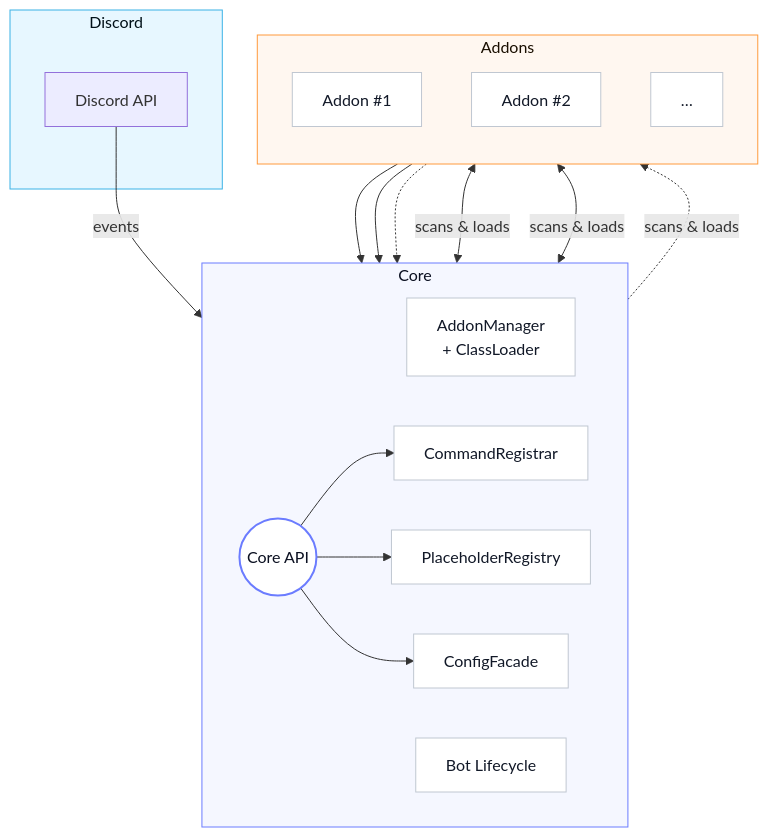
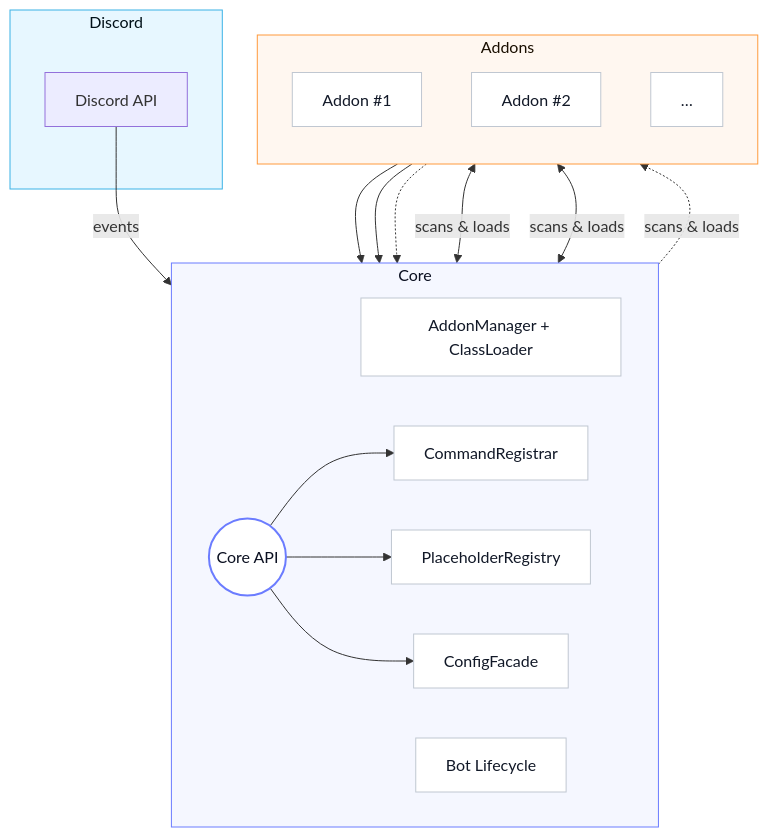
Before and after one commit to NextForge-Development/NextDiscordBot: the diagram in README.md, drawn with Mermaid. The commit also changed other lines of this file, not shown here.

````diff
--- a/README.md
+++ b/README.md
@@ -25,54 +24,54 @@
 ```mermaid
 flowchart TB
   %% Clean vertical layout: Discord (top) → Core (middle) → Addons (bottom)
 
   subgraph Discord
     A["Discord API"]
   end
 
   subgraph Core
     direction LR
-    M["AddonManager\n+ ClassLoader"]
+    M["AddonManager + ClassLoader"]
     API(("Core API"))
     C1["Bot Lifecycle"]
     C2["CommandRegistrar"]
     C3["PlaceholderRegistry"]
     C4["ConfigFacade"]
 
     %% Internal wiring
     API --> C2
     API --> C3
     API --> C4
   end
 
   subgraph Addons
     direction TB
     P1["Addon #1"]
     P2["Addon #2"]
     Pn["…"]
   end
 
   %% External flows
   A -- events --> C1
   M <-- scans & loads --> P1
   M <-- scans & loads --> P2
   M -. scans & loads .-> Pn
 
-  %% Addons use Core API (single, clean edges)
+  %% Addons use Core API
   P1 --> API
   P2 --> API
   Pn -.-> API
 
-  %% Styling (GitHub Mermaid supports classDef/style)
+  %% Styling
   classDef core fill:#f5f7ff,stroke:#6b7cff,stroke-width:1px,color:#0b1021;
   classDef addons fill:#fff7f0,stroke:#ff9a3c,stroke-width:1px,color:#1a0f00;
   classDef discord fill:#e7f7ff,stroke:#3bb2e6,stroke-width:1px,color:#001018;
   classDef comp fill:#ffffff,stroke:#c0c7d1,stroke-width:1px,color:#111827;
   classDef hub fill:#ffffff,stroke:#6b7cff,stroke-width:2px,color:#0b1021;
 
   class Core core;
   class Addons addons;
   class Discord discord;
   class C1,C2,C3,C4,M,P1,P2,Pn comp;
   class API hub;
 ```
````
